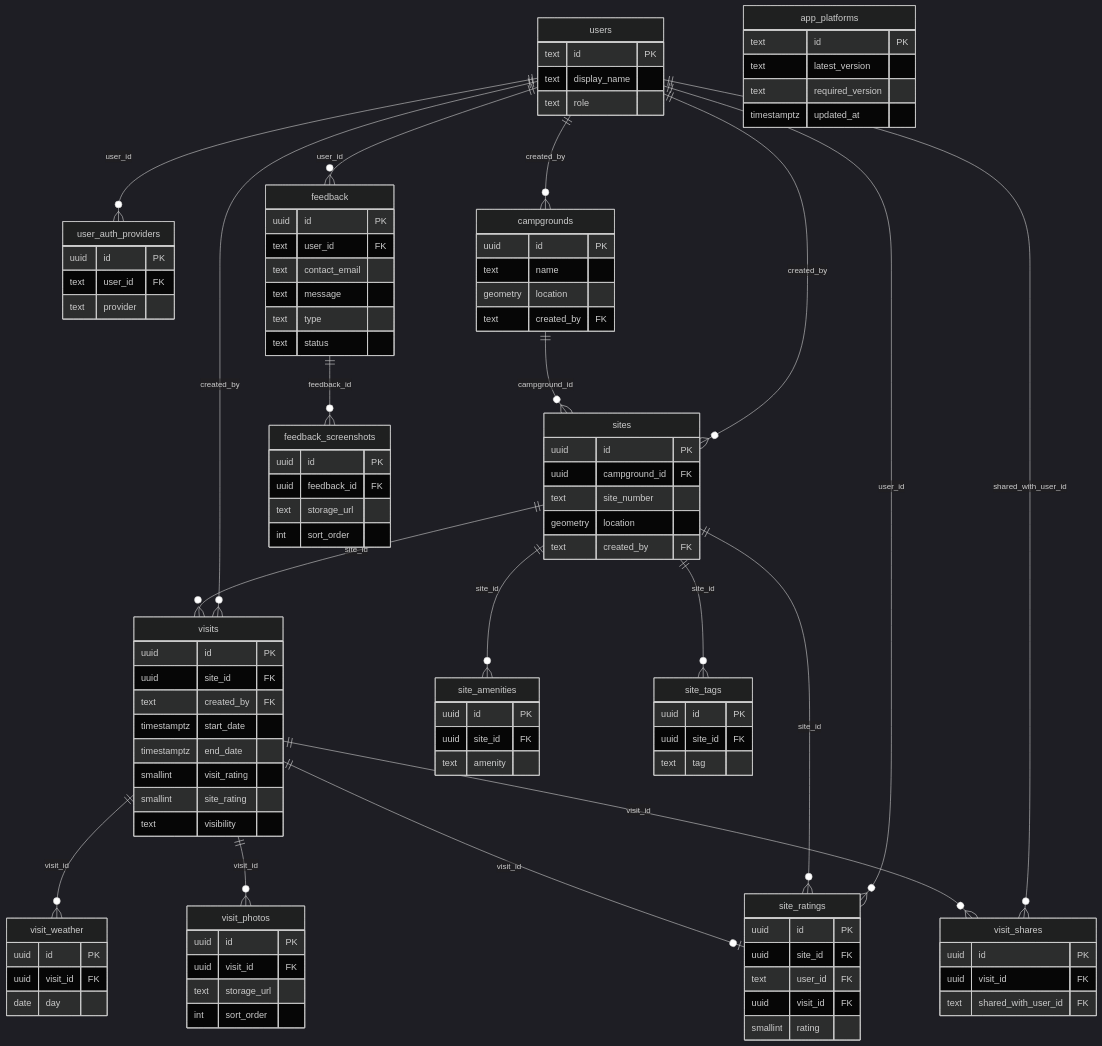
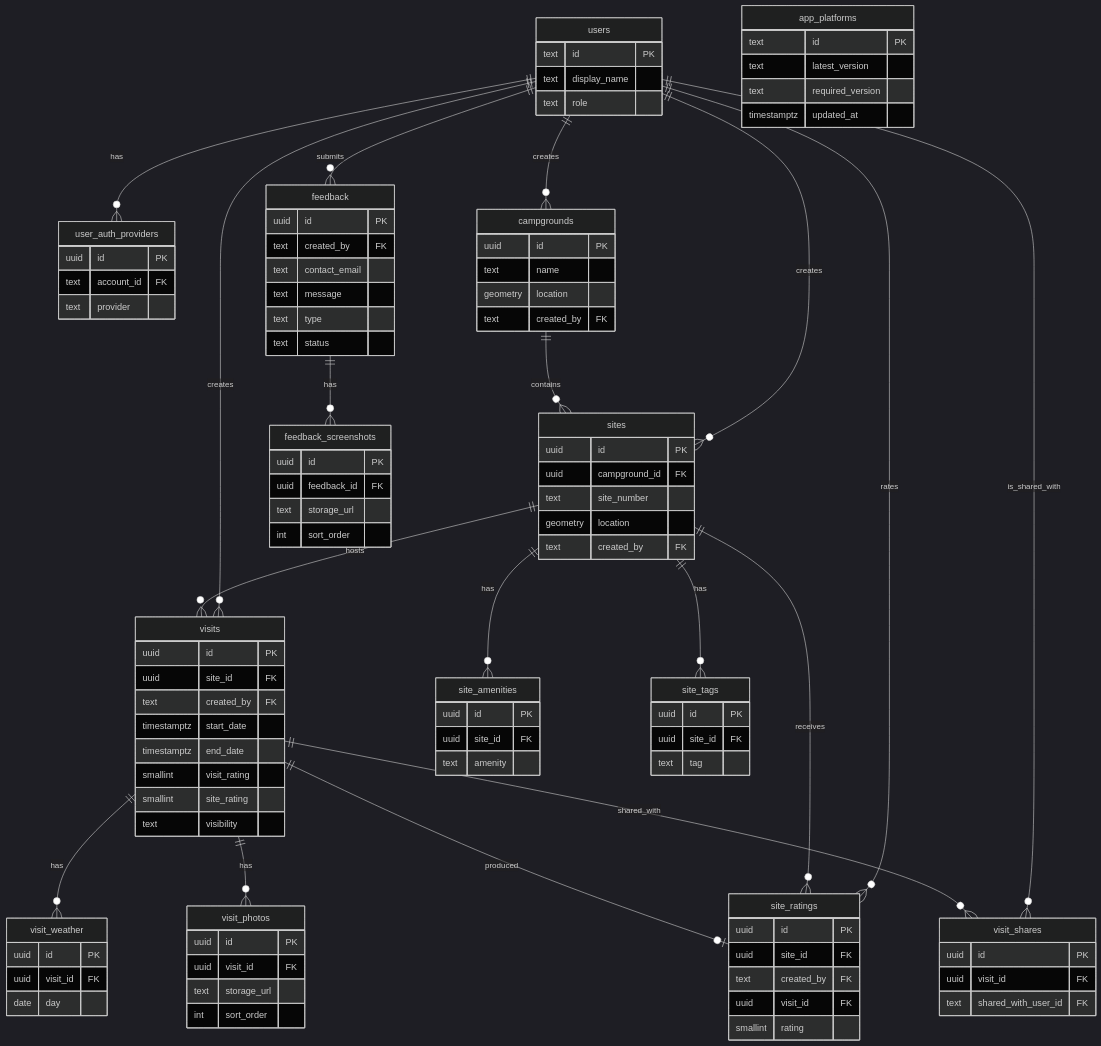
Before and after one commit to Camp-Notes/ranger-station: the diagram in docs/architecture/postgres-schema.md, drawn with Mermaid (dark theme). The commit also changed other lines of this file, not shown here.

Commit message:
docs: ER edges use relationship roles, not join columns

````diff
--- a/docs/architecture/postgres-schema.md
+++ b/docs/architecture/postgres-schema.md
@@ -17,23 +18,23 @@
 ```mermaid
 erDiagram
-  users ||--o{ user_auth_providers : user_id
-  users ||--o{ campgrounds : created_by
-  users ||--o{ sites : created_by
-  users ||--o{ visits : created_by
-  users ||--o{ site_ratings : user_id
-  users ||--o{ visit_shares : shared_with_user_id
-  users ||--o{ feedback : user_id
+  users ||--o{ user_auth_providers : has
+  users ||--o{ campgrounds : creates
+  users ||--o{ sites : creates
+  users ||--o{ visits : creates
+  users ||--o{ site_ratings : rates
+  users ||--o{ visit_shares : is_shared_with
+  users ||--o{ feedback : submits
 
-  campgrounds ||--o{ sites : campground_id
-  sites ||--o{ site_amenities : site_id
-  sites ||--o{ site_tags : site_id
-  sites ||--o{ visits : site_id
-  sites ||--o{ site_ratings : site_id
-  visits ||--o{ visit_weather : visit_id
-  visits ||--o{ visit_photos : visit_id
-  visits ||--o{ visit_shares : visit_id
-  visits ||--o| site_ratings : visit_id
-  feedback ||--o{ feedback_screenshots : feedback_id
+  campgrounds ||--o{ sites : contains
+  sites ||--o{ site_amenities : has
+  sites ||--o{ site_tags : has
+  sites ||--o{ visits : hosts
+  sites ||--o{ site_ratings : receives
+  visits ||--o{ visit_weather : has
+  visits ||--o{ visit_photos : has
+  visits ||--o{ visit_shares : shared_with
+  visits ||--o| site_ratings : produced
+  feedback ||--o{ feedback_screenshots : has
 
   users {
     text id PK
@@ -43,7 +44,7 @@
 
   user_auth_providers {
     uuid id PK
-    text user_id FK
+    text account_id FK
     text provider
   }
 
@@ -107,14 +108,14 @@
   site_ratings {
     uuid id PK
     uuid site_id FK
-    text user_id FK
+    text created_by FK
     uuid visit_id FK
     smallint rating
   }
 
   feedback {
     uuid id PK
-    text user_id FK
+    text created_by FK
     text contact_email
     text message
     text type
````
